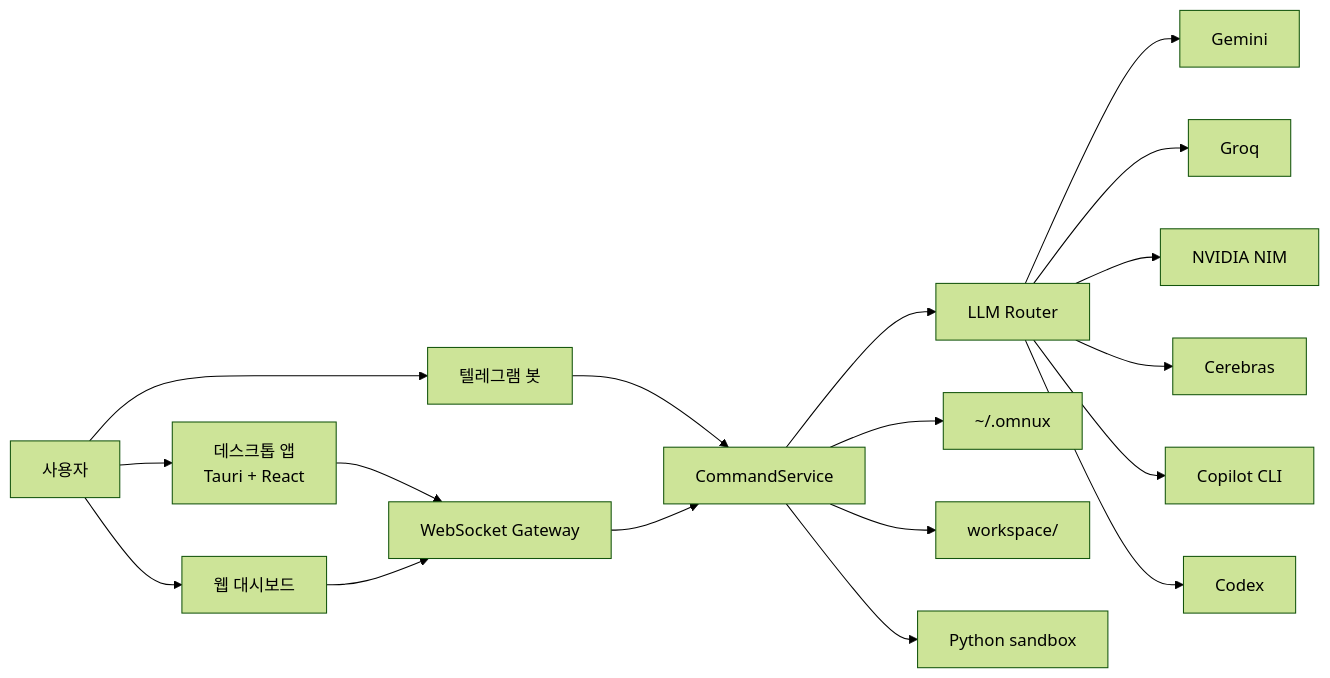
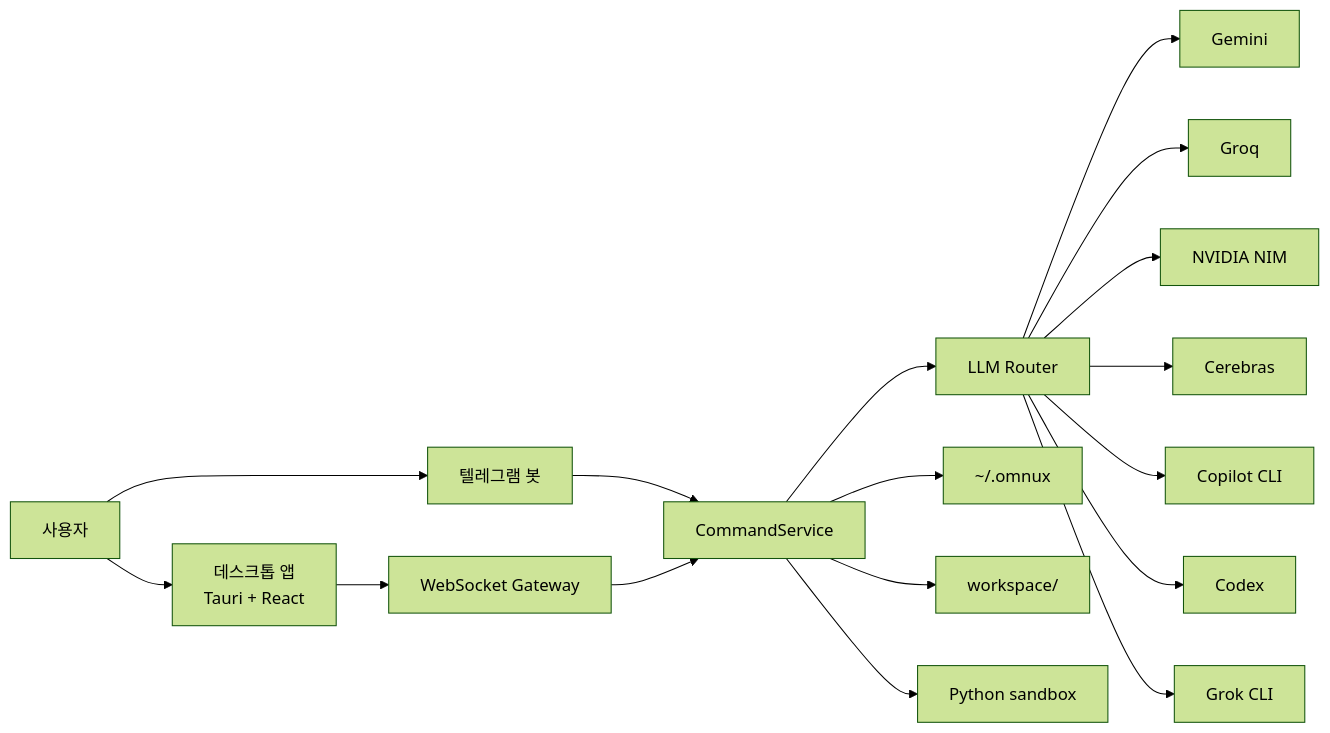
One commit to habinsong/omnux changed the diagram in docs/아키텍처_흐름.md. Above: the diagram before and after it, drawn with Mermaid (forest theme). The commit also changed other lines of this file and 22 other files, not shown here.

````diff
--- a/docs/아키텍처_흐름.md
+++ b/docs/아키텍처_흐름.md
@@ -9,20 +9,19 @@
 ```mermaid
 flowchart LR
   User[사용자] --> Desktop[데스크톱 앱<br/>Tauri + React]
-  User --> Dashboard[웹 대시보드]
   User --> Telegram[텔레그램 봇]
   Desktop --> WS[WebSocket Gateway]
-  Dashboard --> WS
   Telegram --> Command[CommandService]
   WS --> Command
   Command --> Router[LLM Router]
   Router --> Gemini[Gemini]
   Router --> Groq[Groq]
   Router --> Nvidia[NVIDIA NIM]
   Router --> Cerebras[Cerebras]
   Router --> Copilot[Copilot CLI]
   Router --> Codex[Codex]
+  Router --> Grok[Grok CLI]
   Command --> State[~/.omnux]
   Command --> Workspace[workspace/]
   Command --> Sandbox[Python sandbox]
 ```
````
